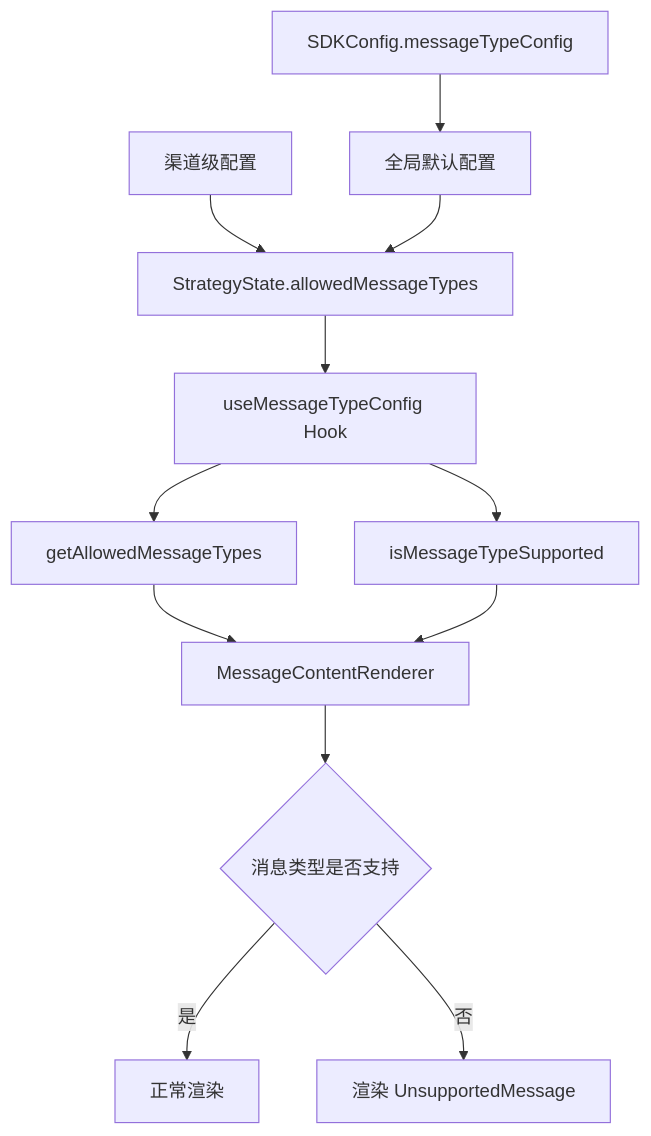
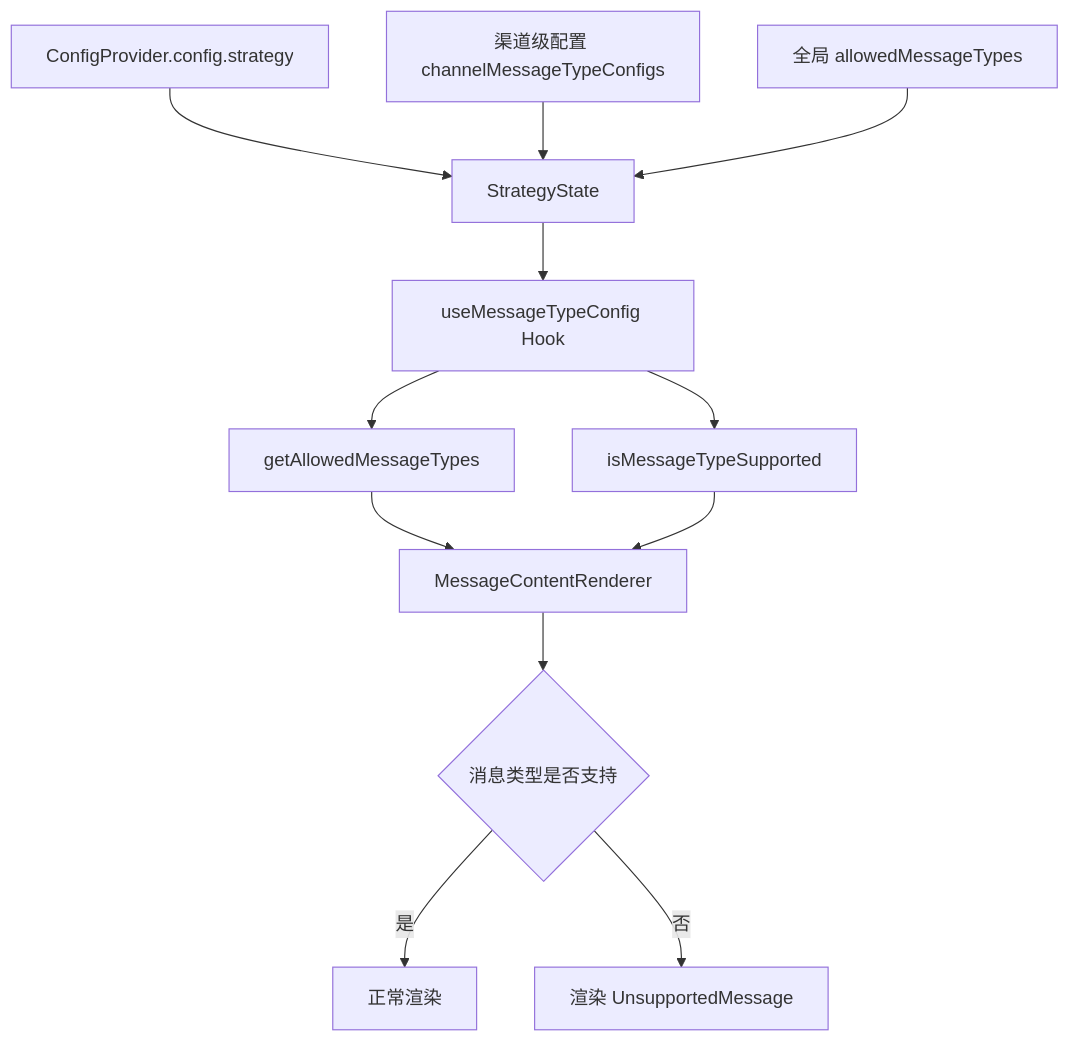
The diagram in design/message-type-configuration.md (givingwu/bifrost-chat), drawn with Mermaid before and after one commit. The commit also changed other lines of this file and 26 other files, not shown here.

````diff
--- a/design/message-type-configuration.md
+++ b/design/message-type-configuration.md
@@ -101,14 +101,14 @@
 ```mermaid
 graph TD
-    A[SDKConfig.messageTypeConfig] --> B[全局默认配置]
-    C[渠道级配置] --> D[StrategyState.allowedMessageTypes]
-    B --> D
-    D --> E[useMessageTypeConfig Hook]
+    A[ConfigProvider.config.strategy] --> B[StrategyState]
+    C[渠道级配置 channelMessageTypeConfigs] --> B
+    D[全局 allowedMessageTypes] --> B
+    B --> E[useMessageTypeConfig Hook]
     E --> F[getAllowedMessageTypes]
     E --> G[isMessageTypeSupported]
     F --> H[MessageContentRenderer]
     G --> H
     H --> I{消息类型是否支持}
     I -->|是| J[正常渲染]
     I -->|否| K[渲染 UnsupportedMessage]
 ```
````
